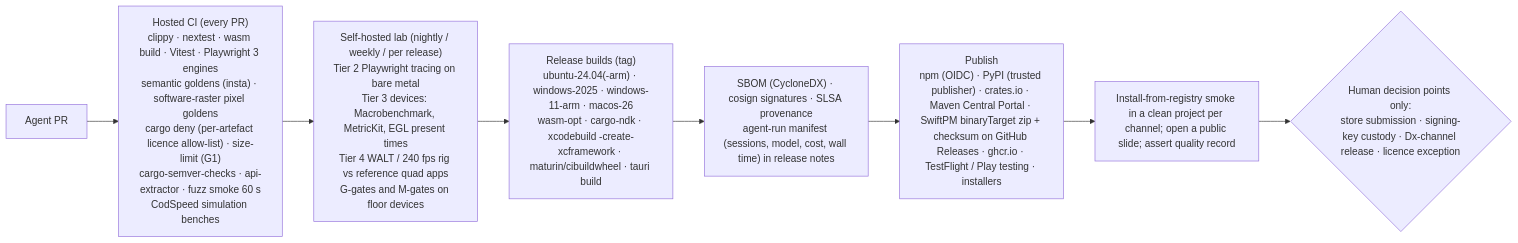
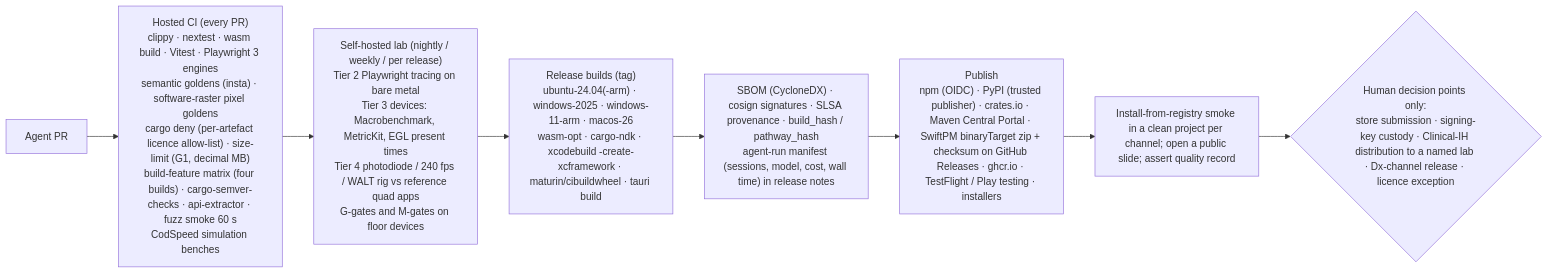
One commit to RPBatman/Stoipath changed the second of 2 diagrams in wsi-viewer/docs/plan/06-cross-platform-delivery.md. Above: the diagram before and after it, drawn with Mermaid. The commit also changed other lines of this file and 5 other files, not shown here.

````diff
--- a/wsi-viewer/docs/plan/06-cross-platform-delivery.md
+++ b/wsi-viewer/docs/plan/06-cross-platform-delivery.md
@@ -140,10 +146,10 @@
 ```mermaid
 flowchart LR
-  PR["Agent PR"] --> HOSTED["Hosted CI (every PR)<br/>clippy · nextest · wasm build · Vitest · Playwright 3 engines<br/>semantic goldens (insta) · software-raster pixel goldens<br/>cargo deny (per-artefact licence allow-list) · size-limit (G1)<br/>cargo-semver-checks · api-extractor · fuzz smoke 60 s<br/>CodSpeed simulation benches"]
-  HOSTED --> LAB["Self-hosted lab (nightly / weekly / per release)<br/>Tier 2 Playwright tracing on bare metal<br/>Tier 3 devices: Macrobenchmark, MetricKit, EGL present times<br/>Tier 4 WALT / 240 fps rig vs reference quad apps<br/>G-gates and M-gates on floor devices"]
+  PR["Agent PR"] --> HOSTED["Hosted CI (every PR)<br/>clippy · nextest · wasm build · Vitest · Playwright 3 engines<br/>semantic goldens (insta) · software-raster pixel goldens<br/>cargo deny (per-artefact licence allow-list) · size-limit (G1, decimal MB)<br/>build-feature matrix (four builds) · cargo-semver-checks · api-extractor · fuzz smoke 60 s<br/>CodSpeed simulation benches"]
+  HOSTED --> LAB["Self-hosted lab (nightly / weekly / per release)<br/>Tier 2 Playwright tracing on bare metal<br/>Tier 3 devices: Macrobenchmark, MetricKit, EGL present times<br/>Tier 4 photodiode / 240 fps / WALT rig vs reference quad apps<br/>G-gates and M-gates on floor devices"]
   LAB --> BUILD["Release builds (tag)<br/>ubuntu-24.04(-arm) · windows-2025 · windows-11-arm · macos-26<br/>wasm-opt · cargo-ndk · xcodebuild -create-xcframework · maturin/cibuildwheel · tauri build"]
-  BUILD --> ATTEST["SBOM (CycloneDX) · cosign signatures · SLSA provenance<br/>agent-run manifest (sessions, model, cost, wall time) in release notes"]
+  BUILD --> ATTEST["SBOM (CycloneDX) · cosign signatures · SLSA provenance · build_hash / pathway_hash<br/>agent-run manifest (sessions, model, cost, wall time) in release notes"]
   ATTEST --> PUB["Publish<br/>npm (OIDC) · PyPI (trusted publisher) · crates.io · Maven Central Portal · SwiftPM binaryTarget zip + checksum on GitHub Releases · ghcr.io · TestFlight / Play testing · installers"]
   PUB --> SMOKE["Install-from-registry smoke in a clean project per channel; open a public slide; assert quality record"]
-  SMOKE --> HUMAN{"Human decision points only:<br/>store submission · signing-key custody · Dx-channel release · licence exception"}
+  SMOKE --> HUMAN{"Human decision points only:<br/>store submission · signing-key custody · Clinical-IH distribution to a named lab · Dx-channel release · licence exception"}
 ```
````
